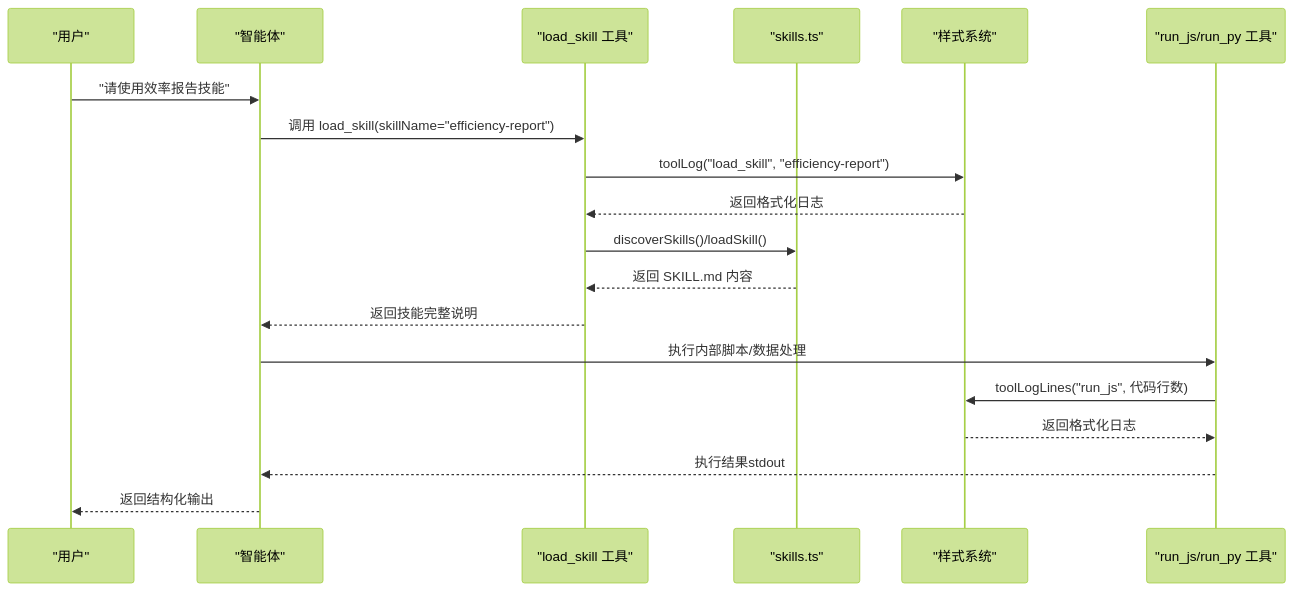
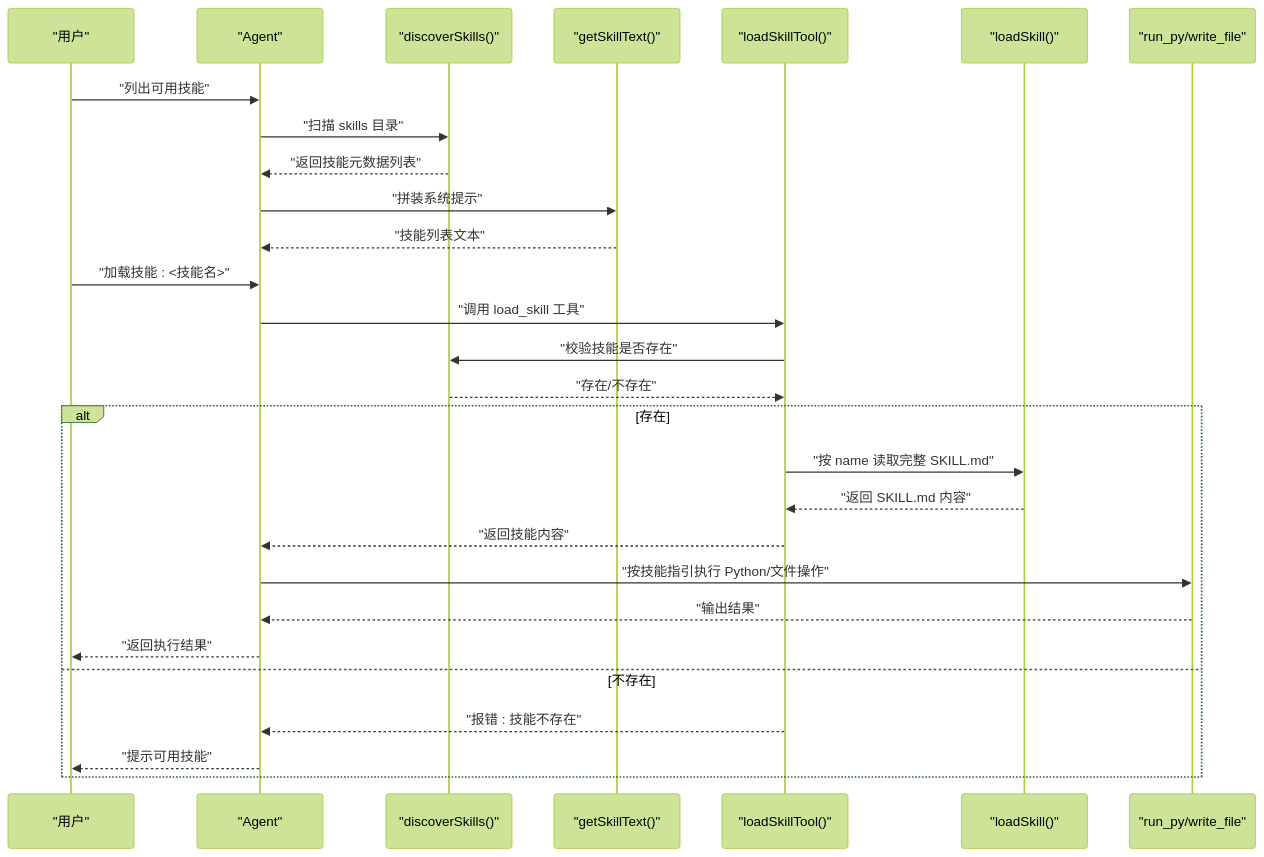
Before and after one commit to HAOFUYANG/onion-code: the second of 8 diagrams in .qoder/repowiki/zh/content/技能系统/技能系统.md, drawn with Mermaid (forest theme). The commit also changed other lines of this file and 58 other files, not shown here.

````diff
--- a/.qoder/repowiki/zh/content/技能系统/技能系统.md
+++ b/.qoder/repowiki/zh/content/技能系统/技能系统.md
@@ -162,21 +81,30 @@
 ```mermaid
 sequenceDiagram
 participant U as "用户"
-participant A as "智能体"
-participant LS as "load_skill 工具"
-participant ST as "skills.ts"
-participant Style as "样式系统"
-participant RS as "run_js/run_py 工具"
-U->>A : "请使用效率报告技能"
-A->>LS : 调用 load_skill(skillName="efficiency-report")
-LS->>Style : toolLog("load_skill", "efficiency-report")
-Style-->>LS : 返回格式化日志
-LS->>ST : discoverSkills()/loadSkill()
-ST-->>LS : 返回 SKILL.md 内容
-LS-->>A : 返回技能完整说明
-A->>RS : 执行内部脚本/数据处理
-RS->>Style : toolLogLines("run_js", 代码行数)
-Style-->>RS : 返回格式化日志
-RS-->>A : 执行结果stdout
-A-->>U : 返回结构化输出
+participant A as "Agent"
+participant D as "discoverSkills()"
+participant T as "getSkillText()"
+participant L as "loadSkillTool()"
+participant S as "loadSkill()"
+participant P as "run_py/write_file"
+U->>A : "列出可用技能"
+A->>D : "扫描 skills 目录"
+D-->>A : "返回技能元数据列表"
+A->>T : "拼装系统提示"
+T-->>A : "技能列表文本"
+U->>A : "加载技能 : <技能名>"
+A->>L : "调用 load_skill 工具"
+L->>D : "校验技能是否存在"
+D-->>L : "存在/不存在"
+alt 存在
+L->>S : "按 name 读取完整 SKILL.md"
+S-->>L : "返回 SKILL.md 内容"
+L-->>A : "返回技能内容"
+A->>P : "按技能指引执行 Python/文件操作"
+P-->>A : "输出结果"
+A-->>U : "返回执行结果"
+else 不存在
+L-->>A : "报错 : 技能不存在"
+A-->>U : "提示可用技能"
+end
 ```
````
